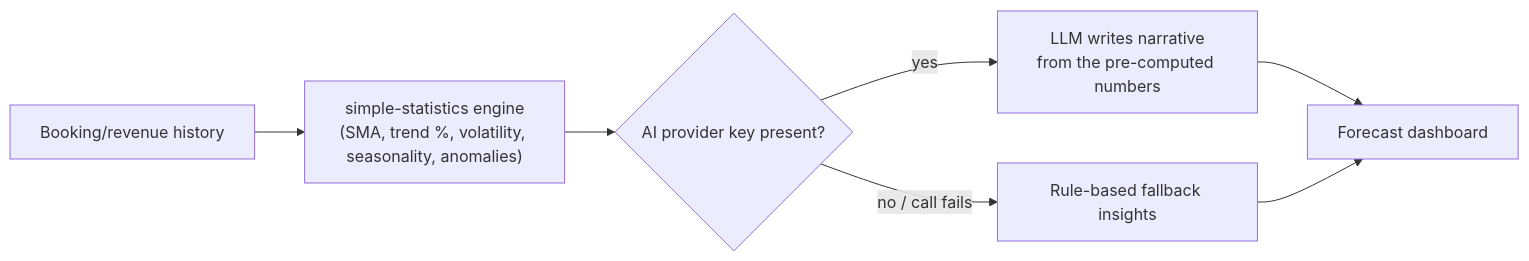
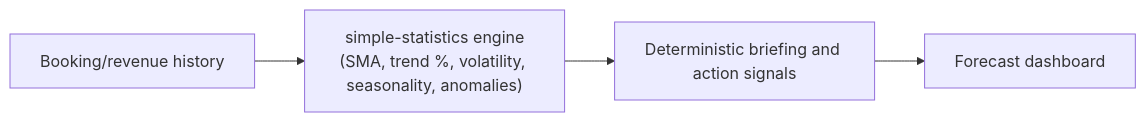
The fourth of 4 diagrams in context/ARCHITECTURE.md (jeeyan28/the-riverview), drawn with Mermaid before and after one commit. The commit also changed other lines of this file and 120 other files, not shown here.

````diff
--- a/context/ARCHITECTURE.md
+++ b/context/ARCHITECTURE.md
@@ -117,9 +128,6 @@
 ```mermaid
 flowchart LR
     A[Booking/revenue history] --> B["simple-statistics engine\n(SMA, trend %, volatility, seasonality, anomalies)"]
-    B --> C{AI provider key present?}
-    C -->|yes| D["LLM writes narrative\nfrom the pre-computed numbers"]
-    C -->|no / call fails| E[Rule-based fallback insights]
-    D --> F[Forecast dashboard]
-    E --> F
+    B --> C[Deterministic briefing and action signals]
+    C --> D[Forecast dashboard]
 ```
````
